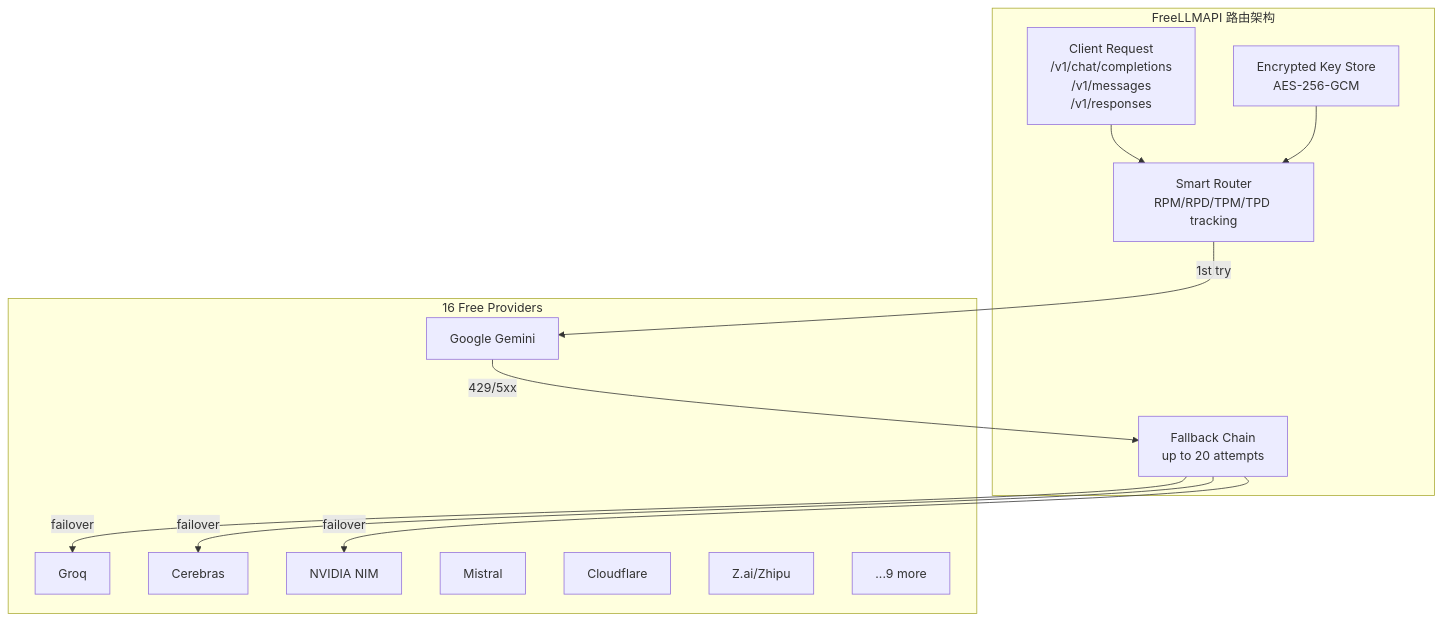
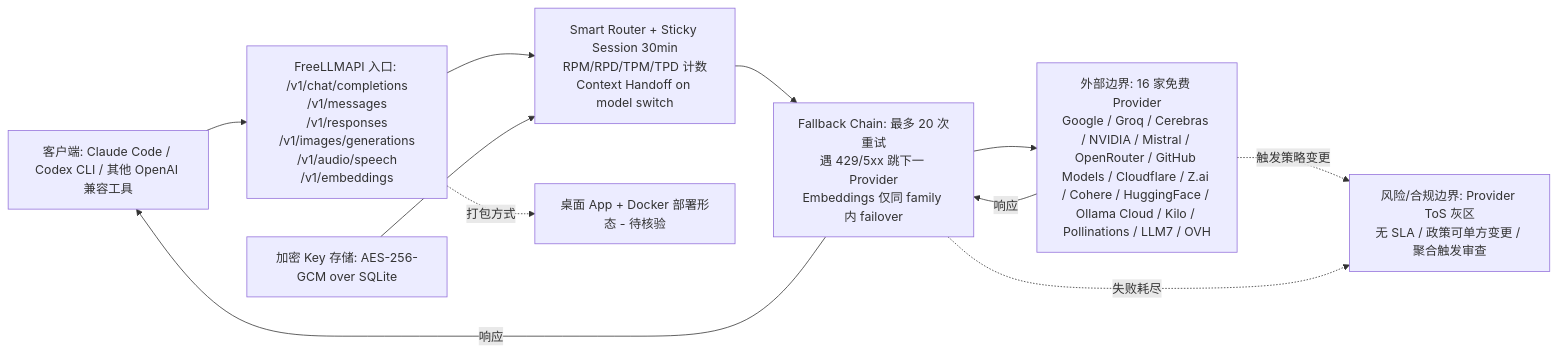
Before and after one commit to aiutil/github-researcher: the diagram in projects/freellmapi.md, drawn with Mermaid. The commit also changed other lines of this file and 939 other files, not shown here.

Commit message:
feat: add architect briefs and Mermaid project maps

````diff
--- a/projects/freellmapi.md
+++ b/projects/freellmapi.md
@@ -53,28 +66,17 @@
 ```mermaid
-flowchart TD
-    subgraph "FreeLLMAPI 路由架构"
-        C[Client Request<br/>/v1/chat/completions<br/>/v1/messages<br/>/v1/responses]
-        R[Smart Router<br/>RPM/RPD/TPM/TPD tracking]
-        F[Fallback Chain<br/>up to 20 attempts]
-        K[Encrypted Key Store<br/>AES-256-GCM]
-    end
-
-    subgraph "16 Free Providers"
-        P1[Google Gemini]
-        P2[Groq]
-        P3[Cerebras]
-        P4[NVIDIA NIM]
-        P5[Mistral]
-        P6[Cloudflare]
-        P7[Z.ai/Zhipu]
-        P8[...9 more]
-    end
-
-    C --> R
-    K --> R
-    R -->|"1st try"| P1
-    P1 -->|"429/5xx"| F
-    F -->|"failover"| P2
-    F -->|"failover"| P3
-    F -->|"failover"| P4
+flowchart LR
+    A[客户端: Claude Code / Codex CLI / 其他 OpenAI 兼容工具]
+    B[FreeLLMAPI 入口: /v1/chat/completions<br/>/v1/messages<br/>/v1/responses<br/>/v1/images/generations<br/>/v1/audio/speech<br/>/v1/embeddings]
+    C[Smart Router + Sticky Session 30min<br/>RPM/RPD/TPM/TPD 计数<br/>Context Handoff on model switch]
+    D[Fallback Chain: 最多 20 次重试<br/>遇 429/5xx 跳下一 Provider<br/>Embeddings 仅同 family 内 failover]
+    E[加密 Key 存储: AES-256-GCM over SQLite]
+    F[外部边界: 16 家免费 Provider<br/>Google / Groq / Cerebras / NVIDIA / Mistral / OpenRouter / GitHub Models / Cloudflare / Z.ai / Cohere / HuggingFace / Ollama Cloud / Kilo / Pollinations / LLM7 / OVH]
+    G[风险/合规边界: Provider ToS 灰区<br/>无 SLA / 政策可单方变更 / 聚合触发审查]
+    A --> B --> C --> D --> F
+    E --> C
+    F -.触发策略变更.-> G
+    D -.失败耗尽.-> G
+    F -->|响应| D -->|响应| A
+    H[桌面 App + Docker 部署形态 - 待核验]
+    B -.打包方式.-> H
 ```
````
